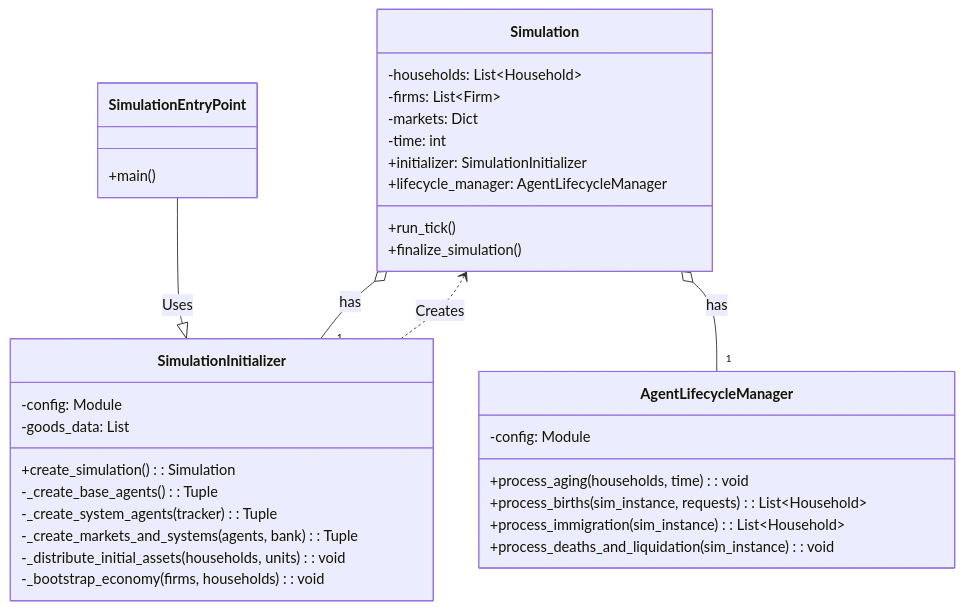
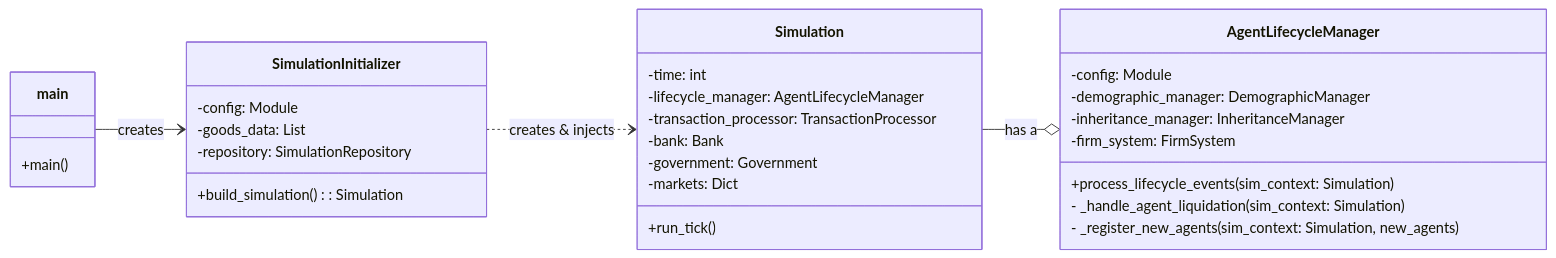
The diagram in design/drafts/draft_Analyze__simulation_engine_py.md (Hoonys101/economics), drawn with Mermaid before and after one commit. The commit also changed other lines of this file and 12 other files, not shown here.

````diff
--- a/design/drafts/draft_Analyze__simulation_engine_py.md
+++ b/design/drafts/draft_Analyze__simulation_engine_py.md
@@ -56,41 +45,39 @@
 ```mermaid
 classDiagram
-    class Simulation {
-        -households: List~Household~
-        -firms: List~Firm~
-        -markets: Dict
-        -time: int
-        +initializer: SimulationInitializer
-        +lifecycle_manager: AgentLifecycleManager
-        +run_tick()
-        +finalize_simulation()
+    direction LR
+
+    class main {
+        +main()
     }
 
     class SimulationInitializer {
         -config: Module
         -goods_data: List
-        +create_simulation(): Simulation
-        -_create_base_agents(): Tuple
-        -_create_system_agents(tracker): Tuple
-        -_create_markets_and_systems(agents, bank): Tuple
-        -_distribute_initial_assets(households, units): void
-        -_bootstrap_economy(firms, households): void
+        -repository: SimulationRepository
+        +build_simulation(): Simulation
+    }
+
+    class Simulation {
+        -time: int
+        -lifecycle_manager: AgentLifecycleManager
+        -transaction_processor: TransactionProcessor
+        -bank: Bank
+        -government: Government
+        -markets: Dict
+        +run_tick()
     }
 
     class AgentLifecycleManager {
         -config: Module
-        +process_aging(households, time): void
-        +process_births(sim_instance, requests): List~Household~
-        +process_immigration(sim_instance): List~Household~
-        +process_deaths_and_liquidation(sim_instance): void
-    }
-    
-    class SimulationEntryPoint {
-        +main()
+        -demographic_manager: DemographicManager
+        -inheritance_manager: InheritanceManager
+        -firm_system: FirmSystem
+        +process_lifecycle_events(sim_context: Simulation)
+        - _handle_agent_liquidation(sim_context: Simulation)
+        - _register_new_agents(sim_context: Simulation, new_agents)
     }
 
-    SimulationEntryPoint --|> SimulationInitializer : Uses
-    SimulationInitializer ..> Simulation : Creates
-    Simulation o-- "1" SimulationInitializer : has
-    Simulation o-- "1" AgentLifecycleManager : has
+    main --> SimulationInitializer : creates
+    SimulationInitializer ..> Simulation : creates & injects
+    Simulation --o AgentLifecycleManager : has a
 ```
````
